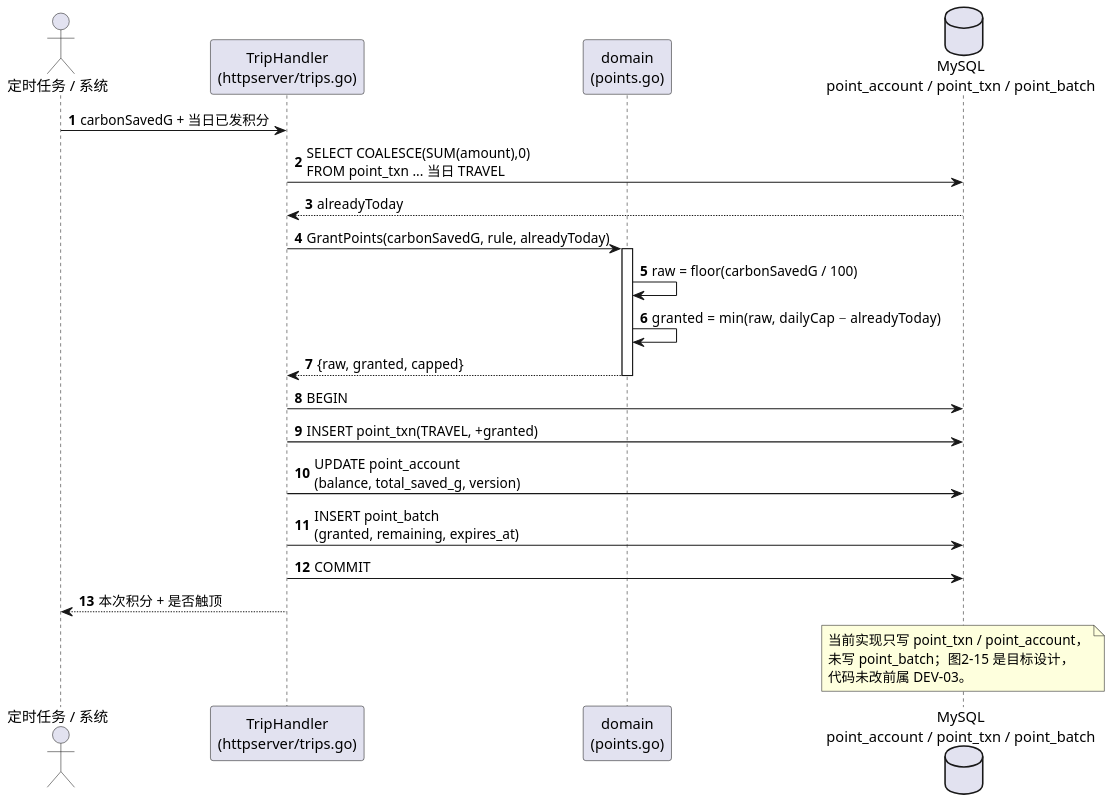
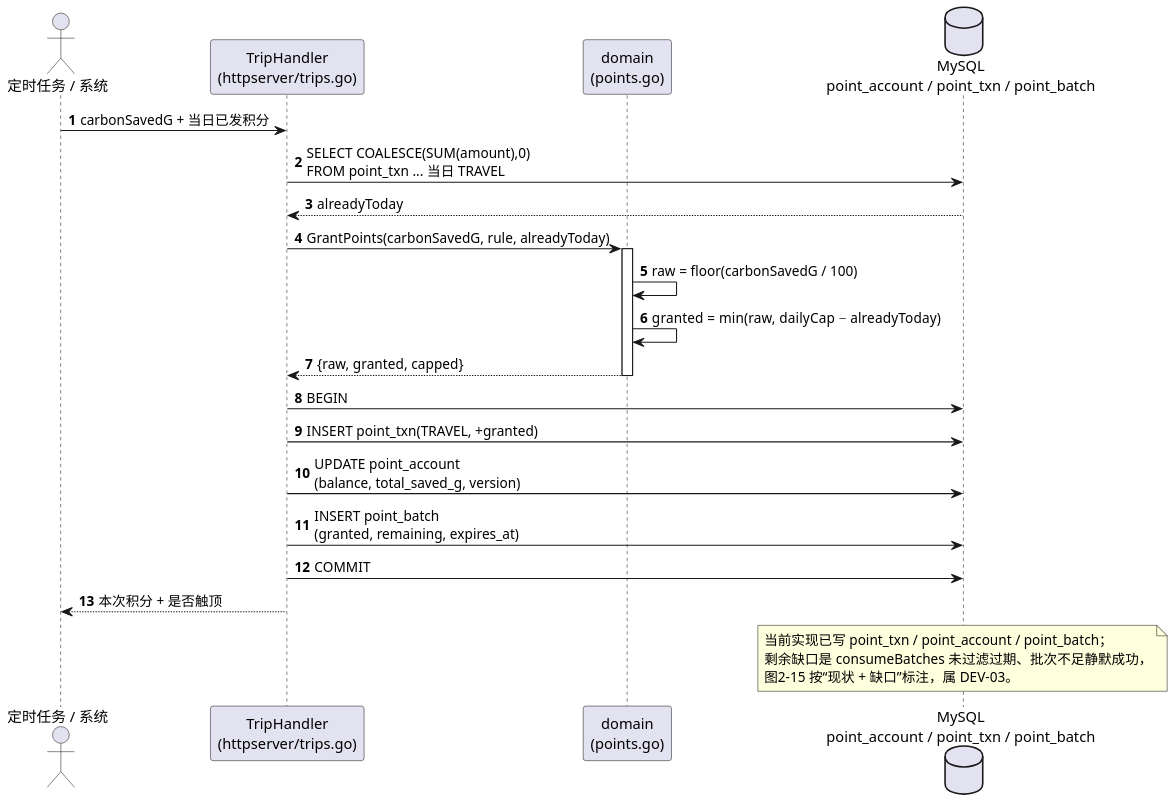
One commit to chiyan11/green-travel-points changed the diagram in docs/uml/19-序列图-核发积分.puml. Above: the diagram before and after it, drawn with PlantUML. The commit also changed 70 other files, not shown here.

First line of the commit message:
docs(uml): 补齐 19 个用例的鲁棒图与顺序图

```diff
--- a/docs/uml/19-序列图-核发积分.puml
+++ b/docs/uml/19-序列图-核发积分.puml
@@ -1,33 +1,33 @@
 @startuml 图2-6 序列图：核发碳积分（UC-05 用例实现）
 skinparam defaultFontName "Microsoft YaHei"
 skinparam dpi 150
 skinparam shadowing false
 autonumber
 
 actor "定时任务 / 系统" as S
 participant "TripHandler\n(httpserver/trips.go)" as H
 participant "domain\n(points.go)" as D
 database "MySQL\npoint_account / point_txn / point_batch" as DB
 
 S -> H : carbonSavedG + 当日已发积分
 H -> DB : SELECT COALESCE(SUM(amount),0)\nFROM point_txn ... 当日 TRAVEL
 DB --> H : alreadyToday
 H -> D : GrantPoints(carbonSavedG, rule, alreadyToday)
 activate D
 D -> D : raw = floor(carbonSavedG / 100)
 D -> D : granted = min(raw, dailyCap − alreadyToday)
 D --> H : {raw, granted, capped}
 deactivate D
 H -> DB : BEGIN
 H -> DB : INSERT point_txn(TRAVEL, +granted)
 H -> DB : UPDATE point_account\n(balance, total_saved_g, version)
 H -> DB : INSERT point_batch\n(granted, remaining, expires_at)
 H -> DB : COMMIT
 H --> S : 本次积分 + 是否触顶
 
 note over DB
-  当前实现只写 point_txn / point_account，
-  未写 point_batch；图2-15 是目标设计，
-  代码未改前属 DEV-03。
+  当前实现已写 point_txn / point_account / point_batch；
+  剩余缺口是 consumeBatches 未过滤过期、批次不足静默成功，
+  图2-15 按“现状 + 缺口”标注，属 DEV-03。
 end note
 @enduml
```
